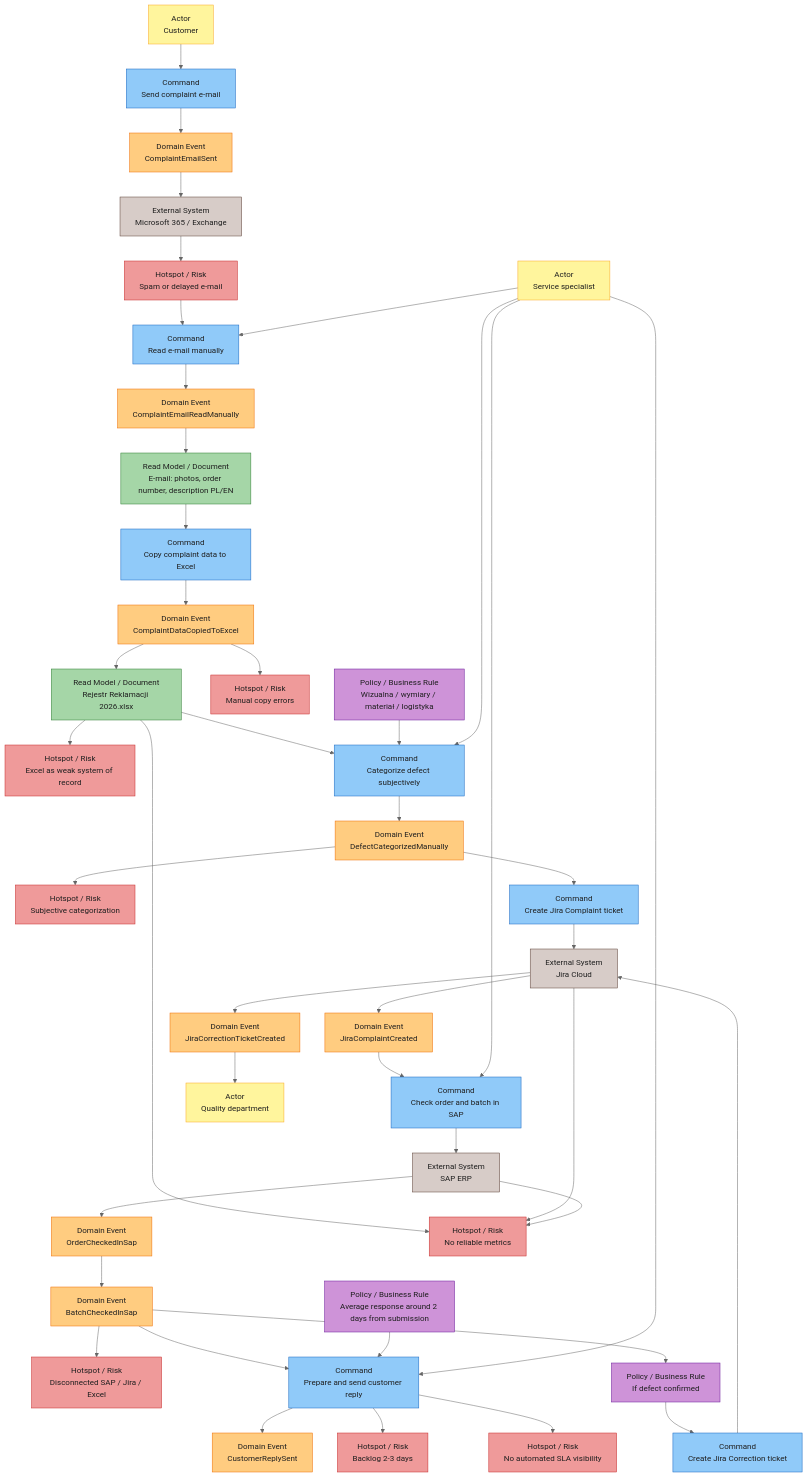
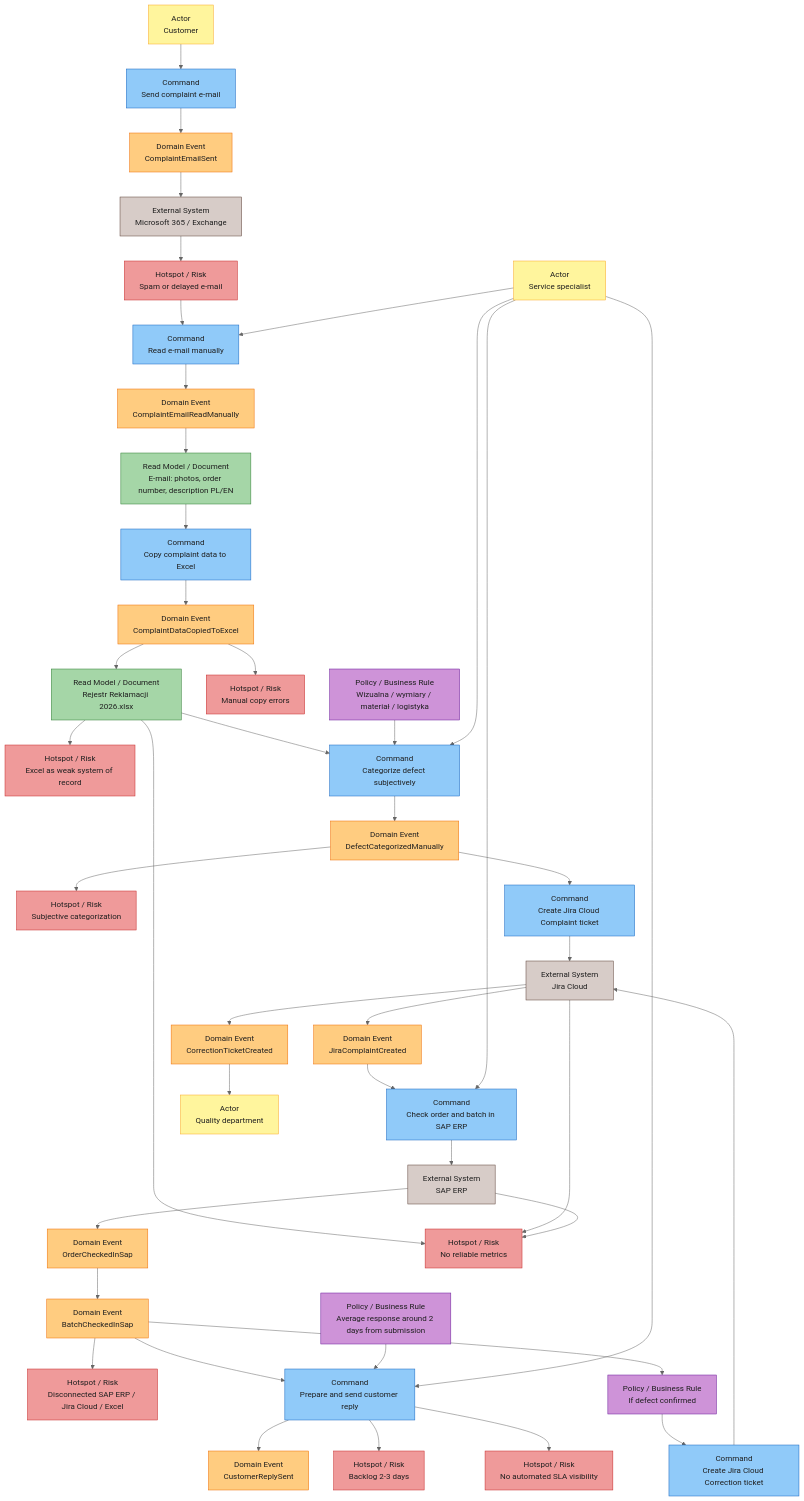
Before and after one commit to rothfick/Zadanie-rekrutacyjne---Analityk-Automatyzacji-IT: the second of 2 diagrams in docs/02-as-is-event-storming.md, drawn with Mermaid (neutral theme). The commit also changed other lines of this file, not shown here.

````diff
--- a/docs/02-as-is-event-storming.md
+++ b/docs/02-as-is-event-storming.md
@@ -32,81 +32,81 @@
 ```mermaid
 flowchart TD
     customer["Actor<br/>Customer"]:::actor
     sendEmail["Command<br/>Send complaint e-mail"]:::command
     emailSent["Domain Event<br/>ComplaintEmailSent"]:::event
     exchange["External System<br/>Microsoft 365 / Exchange"]:::system
     riskSpam["Hotspot / Risk<br/>Spam or delayed e-mail"]:::hotspot
 
     specialist["Actor<br/>Service specialist"]:::actor
     readEmail["Command<br/>Read e-mail manually"]:::command
     emailRead["Domain Event<br/>ComplaintEmailReadManually"]:::event
     emailDocument["Read Model / Document<br/>E-mail: photos, order number, description PL/EN"]:::readModel
 
     copyToExcel["Command<br/>Copy complaint data to Excel"]:::command
     excelRegister["Read Model / Document<br/>Rejestr Reklamacji 2026.xlsx"]:::readModel
     dataCopied["Domain Event<br/>ComplaintDataCopiedToExcel"]:::event
     riskCopy["Hotspot / Risk<br/>Manual copy errors"]:::hotspot
     riskExcel["Hotspot / Risk<br/>Excel as weak system of record"]:::hotspot
 
     categorize["Command<br/>Categorize defect subjectively"]:::command
     defectCategorized["Domain Event<br/>DefectCategorizedManually"]:::event
     taxonomy["Policy / Business Rule<br/>Wizualna / wymiary / materiał / logistyka"]:::policy
     riskCategory["Hotspot / Risk<br/>Subjective categorization"]:::hotspot
 
-    createComplaint["Command<br/>Create Jira Complaint ticket"]:::command
+    createComplaint["Command<br/>Create Jira Cloud Complaint ticket"]:::command
     jira["External System<br/>Jira Cloud"]:::system
     complaintCreated["Domain Event<br/>JiraComplaintCreated"]:::event
 
-    checkSap["Command<br/>Check order and batch in SAP"]:::command
+    checkSap["Command<br/>Check order and batch in SAP ERP"]:::command
     sap["External System<br/>SAP ERP"]:::system
     orderChecked["Domain Event<br/>OrderCheckedInSap"]:::event
     batchChecked["Domain Event<br/>BatchCheckedInSap"]:::event
-    riskDisconnected["Hotspot / Risk<br/>Disconnected SAP / Jira / Excel"]:::hotspot
+    riskDisconnected["Hotspot / Risk<br/>Disconnected SAP ERP / Jira Cloud / Excel"]:::hotspot
 
     prepareReply["Command<br/>Prepare and send customer reply"]:::command
     replyPolicy["Policy / Business Rule<br/>Average response around 2 days from submission"]:::policy
     customerReplied["Domain Event<br/>CustomerReplySent"]:::event
     riskBacklog["Hotspot / Risk<br/>Backlog 2-3 days"]:::hotspot
     riskSla["Hotspot / Risk<br/>No automated SLA visibility"]:::hotspot
 
     defectConfirmedPolicy["Policy / Business Rule<br/>If defect confirmed"]:::policy
-    createCorrection["Command<br/>Create Jira Correction ticket"]:::command
+    createCorrection["Command<br/>Create Jira Cloud Correction ticket"]:::command
     quality["Actor<br/>Quality department"]:::actor
-    correctionCreated["Domain Event<br/>JiraCorrectionTicketCreated"]:::event
+    correctionCreated["Domain Event<br/>CorrectionTicketCreated"]:::event
 
     riskMetrics["Hotspot / Risk<br/>No reliable metrics"]:::hotspot
 
     customer --> sendEmail --> emailSent --> exchange --> riskSpam --> readEmail
     specialist --> readEmail --> emailRead --> emailDocument
     emailDocument --> copyToExcel --> dataCopied --> excelRegister
     dataCopied --> riskCopy
     excelRegister --> riskExcel
 
     excelRegister --> categorize
     taxonomy --> categorize
     specialist --> categorize --> defectCategorized --> riskCategory
 
     defectCategorized --> createComplaint --> jira --> complaintCreated
     complaintCreated --> checkSap
     specialist --> checkSap --> sap
     sap --> orderChecked --> batchChecked --> riskDisconnected
 
     batchChecked --> prepareReply
     replyPolicy --> prepareReply
     specialist --> prepareReply --> customerReplied
     prepareReply --> riskBacklog
     prepareReply --> riskSla
 
     batchChecked --> defectConfirmedPolicy --> createCorrection --> jira --> correctionCreated --> quality
     excelRegister --> riskMetrics
     jira --> riskMetrics
     sap --> riskMetrics
 
     classDef event fill:#ffcc80,stroke:#ef6c00,color:#1f1f1f
     classDef command fill:#90caf9,stroke:#1565c0,color:#1f1f1f
     classDef actor fill:#fff59d,stroke:#f9a825,color:#1f1f1f
     classDef system fill:#d7ccc8,stroke:#5d4037,color:#1f1f1f
     classDef policy fill:#ce93d8,stroke:#6a1b9a,color:#1f1f1f
     classDef readModel fill:#a5d6a7,stroke:#2e7d32,color:#1f1f1f
     classDef hotspot fill:#ef9a9a,stroke:#c62828,color:#1f1f1f
 ```
````
